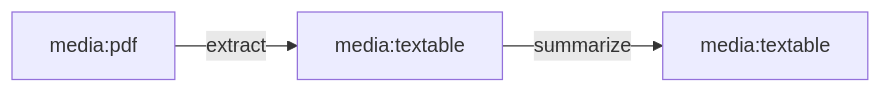
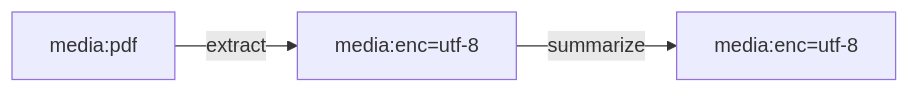
The second of 2 diagrams in docs/15.1-orchestrator.md (machinefabric/capdag), drawn with Mermaid before and after one commit. The commit also changed other lines of this file and 24 other files, not shown here.

````diff
--- a/docs/15.1-orchestrator.md
+++ b/docs/15.1-orchestrator.md
@@ -53,5 +53,5 @@
 ```mermaid
 graph LR
-    A["media:pdf"] -->|extract| B["media:textable"]
-    B -->|summarize| C["media:textable"]
+    A["media:pdf"] -->|extract| B["media:enc=utf-8"]
+    B -->|summarize| C["media:enc=utf-8"]
 ```
````
